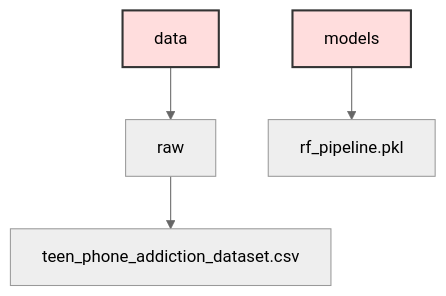
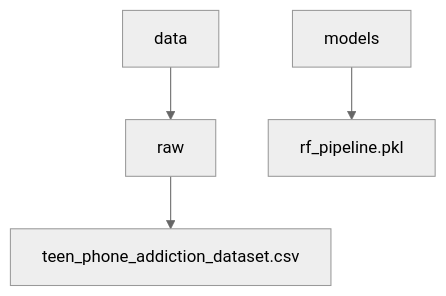
The fifth of 7 diagrams in docs/PROJECT_STRUCTURE.md (Dylalva/TeenSmartInsight), drawn with Mermaid (neutral theme) before and after one commit. The commit also changed other lines of this file and 5 other files, not shown here.

````diff
--- a/docs/PROJECT_STRUCTURE.md
+++ b/docs/PROJECT_STRUCTURE.md
@@ -91,10 +81,7 @@
 ```mermaid
 graph TD
     C[data] --> C1[raw]
     C1 --> C1A[teen_phone_addiction_dataset.csv]
     
     F[models] --> F1[rf_pipeline.pkl]
-    
-    style C fill:#fdd,stroke:#333,stroke-width:2px
-    style F fill:#fdd,stroke:#333,stroke-width:2px
 ```
````
